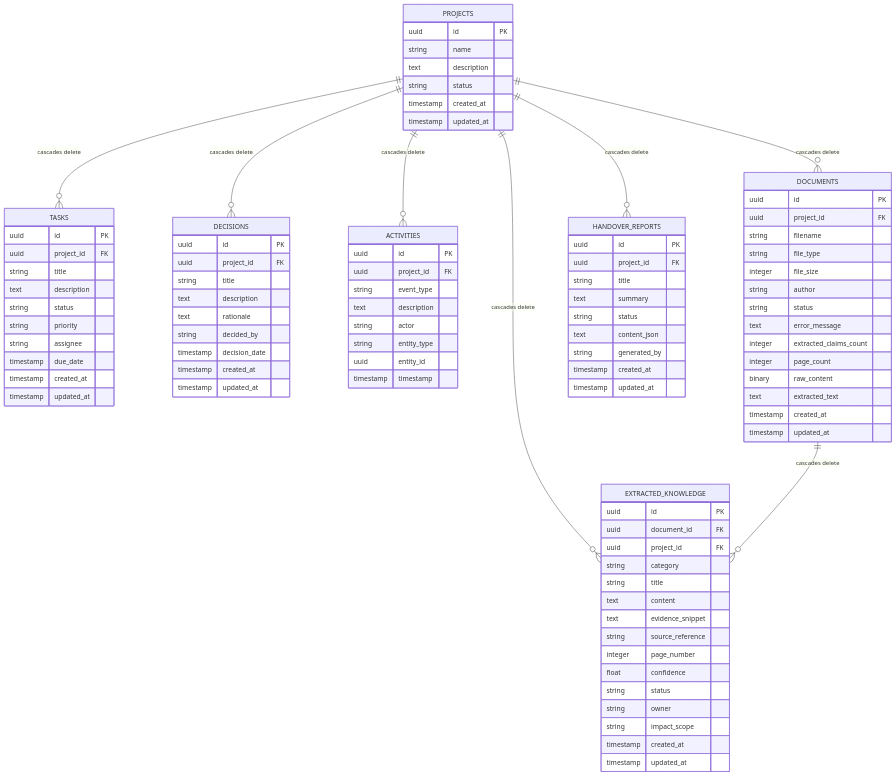
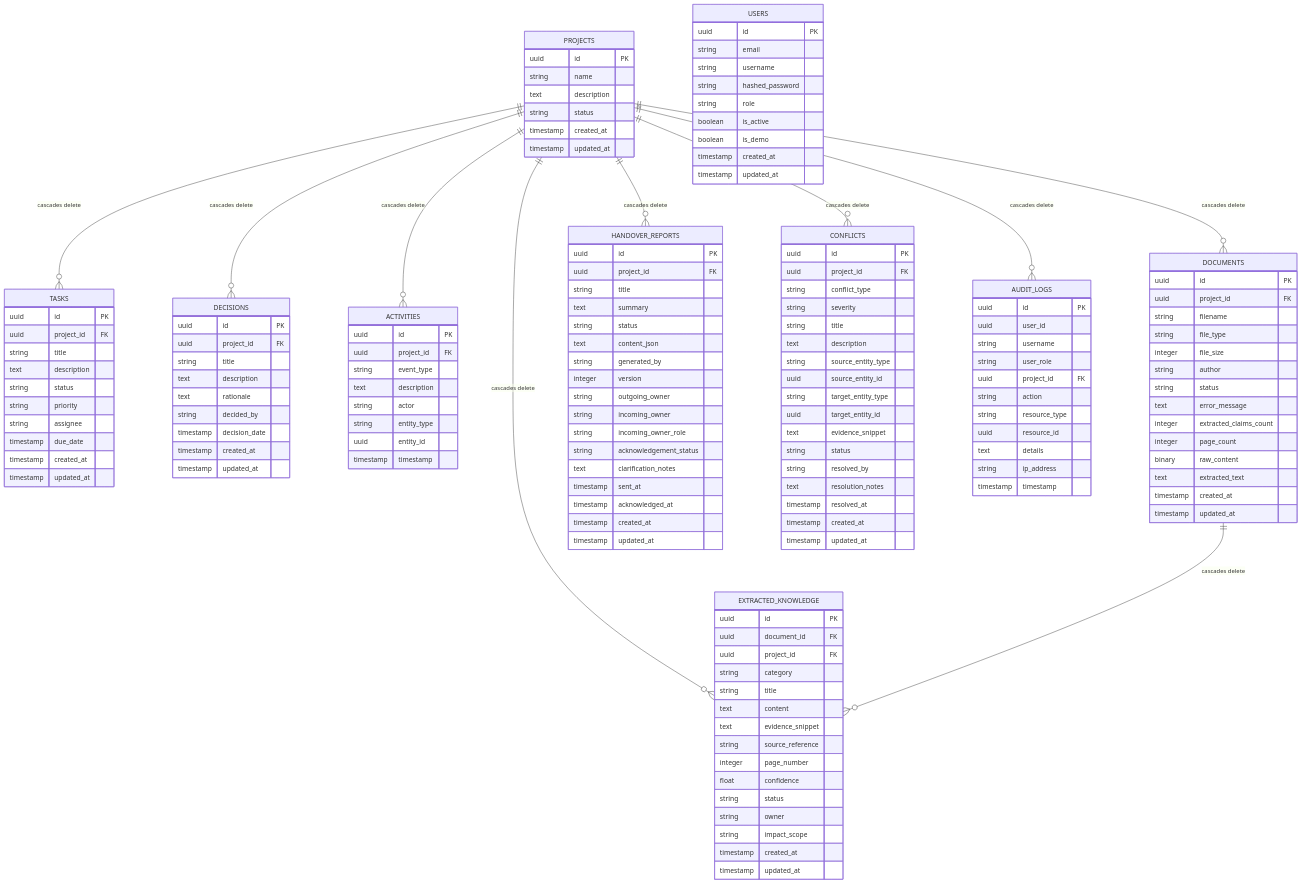
Before and after one commit to Aaryan-2903/Threadline: the third of 4 diagrams in README.md, drawn with Mermaid. The commit also changed other lines of this file and 7 other files, not shown here.

````diff
--- a/README.md
+++ b/README.md
@@ -314,7 +345,21 @@
     PROJECTS ||--o{ DOCUMENTS : "cascades delete"
     PROJECTS ||--o{ EXTRACTED_KNOWLEDGE : "cascades delete"
     PROJECTS ||--o{ HANDOVER_REPORTS : "cascades delete"
+    PROJECTS ||--o{ CONFLICTS : "cascades delete"
+    PROJECTS ||--o{ AUDIT_LOGS : "cascades delete"
     DOCUMENTS ||--o{ EXTRACTED_KNOWLEDGE : "cascades delete"
+
+    USERS {
+        uuid id PK
+        string email
+        string username
+        string hashed_password
+        string role
+        boolean is_active
+        boolean is_demo
+        timestamp created_at
+        timestamp updated_at
+    }
 
     PROJECTS {
         uuid id PK
@@ -404,7 +449,49 @@
         string status
         text content_json
         string generated_by
+        integer version
+        string outgoing_owner
+        string incoming_owner
+        string incoming_owner_role
+        string acknowledgement_status
+        text clarification_notes
+        timestamp sent_at
+        timestamp acknowledged_at
         timestamp created_at
         timestamp updated_at
     }
+
+    CONFLICTS {
+        uuid id PK
+        uuid project_id FK
+        string conflict_type
+        string severity
+        string title
+        text description
+        string source_entity_type
+        uuid source_entity_id
+        string target_entity_type
+        uuid target_entity_id
+        text evidence_snippet
+        string status
+        string resolved_by
+        text resolution_notes
+        timestamp resolved_at
+        timestamp created_at
+        timestamp updated_at
+    }
+
+    AUDIT_LOGS {
+        uuid id PK
+        uuid user_id
+        string username
+        string user_role
+        uuid project_id FK
+        string action
+        string resource_type
+        uuid resource_id
+        text details
+        string ip_address
+        timestamp timestamp
+    }
 ```
````
